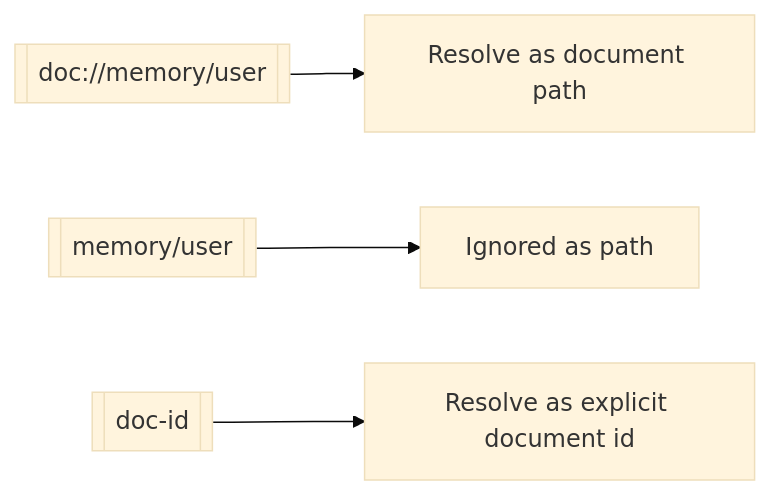
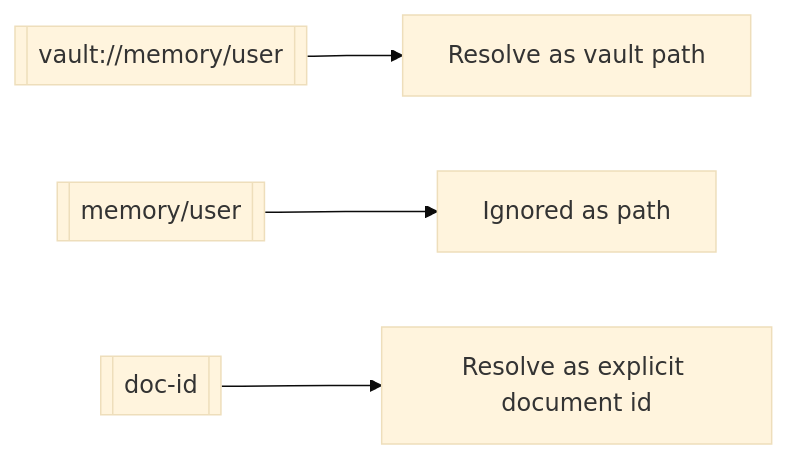
Before and after one commit to ex3ndr/daycare: the second of 2 diagrams in doc/20260306-document-path-prefix.md, drawn with Mermaid (base theme). The commit also changed other lines of this file and 112 other files, not shown here.

````diff
--- a/doc/20260306-document-path-prefix.md
+++ b/doc/20260306-document-path-prefix.md
@@ -30,6 +30,6 @@
 ```mermaid
 flowchart LR
-    A[[doc://memory/user]] --> B[Resolve as document path]
+    A[[vault://memory/user]] --> B[Resolve as vault path]
     C[[memory/user]] --> D[Ignored as path]
     E[[doc-id]] --> F[Resolve as explicit document id]
 ```
````
